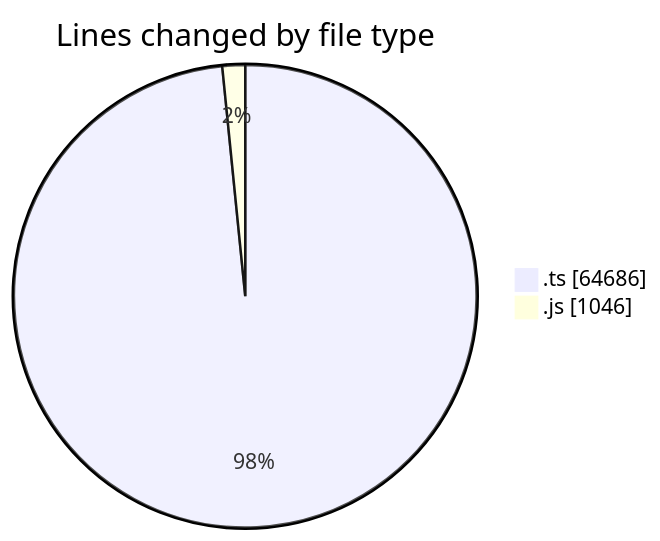
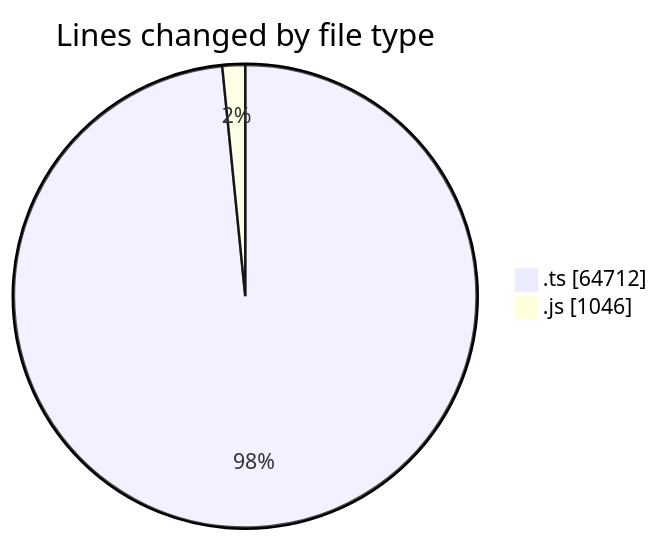
One commit to momahboobian/code-tracking changed the first of 2 diagrams in 2025-09-29/cda/README.md. Above: the diagram before and after it, drawn with Mermaid. The commit also changed other lines of this file and 1 other file, not shown here.

````diff
--- a/2025-09-29/cda/README.md
+++ b/2025-09-29/cda/README.md
@@ -28,6 +28,6 @@
 ```mermaid
 pie showData
 title Lines changed by file type
-".ts" : 64686
+".ts" : 64712
 ".js" : 1046
 ```
````
